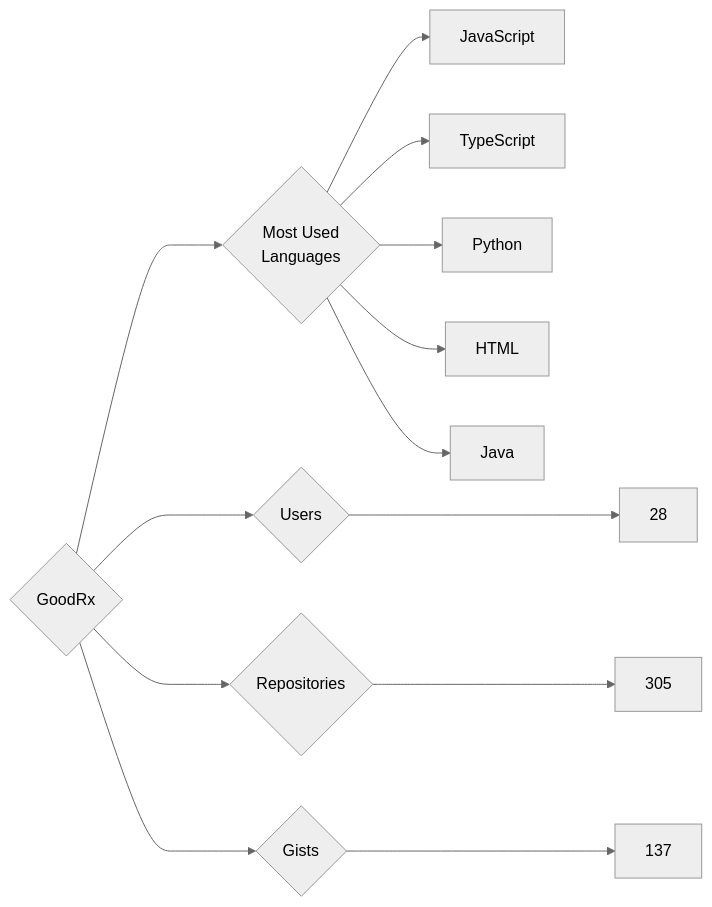
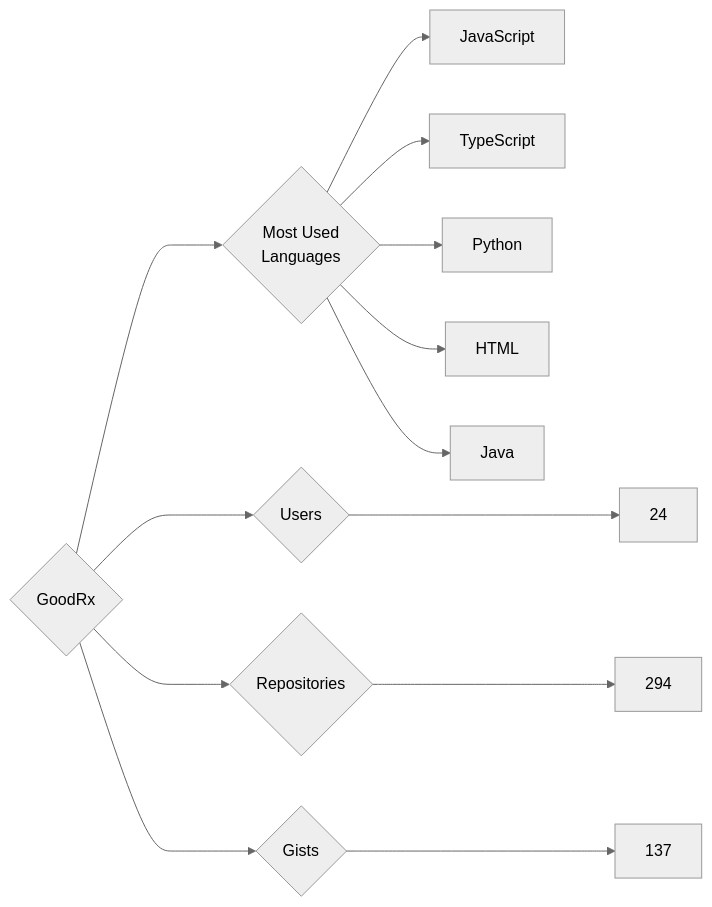
One commit to trickest/insiders changed the diagram in targets/GoodRx/README.md. Above: the diagram before and after it, drawn with Mermaid (neutral theme). The commit also changed 679 other files, not shown here.

````diff
--- a/targets/GoodRx/README.md
+++ b/targets/GoodRx/README.md
@@ -3,13 +3,13 @@
 ```mermaid
 graph LR
 COMPANY_NAME{GoodRx}
-COMPANY_NAME ---> U{Users} ---> UN[28]
-COMPANY_NAME ---> R{Repositories} ---> RN[305]
+COMPANY_NAME ---> U{Users} ---> UN[24]
+COMPANY_NAME ---> R{Repositories} ---> RN[294]
 COMPANY_NAME ---> G{Gists} ---> GN[137]
 COMPANY_NAME ---> ML{Most Used<br>Languages}
 ML --> JavaScript[JavaScript]
 ML --> TypeScript[TypeScript]
 ML --> Python[Python]
 ML --> HTML[HTML]
 ML --> Java[Java]
 ```
````
